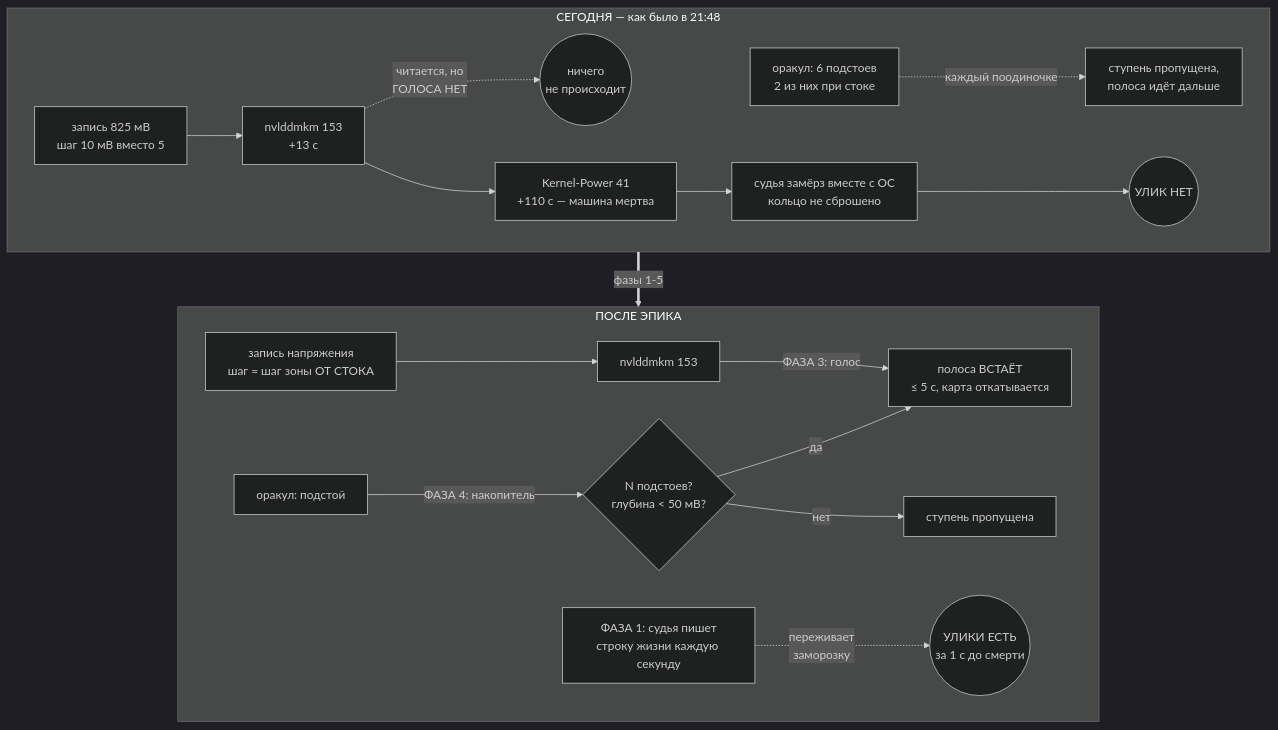
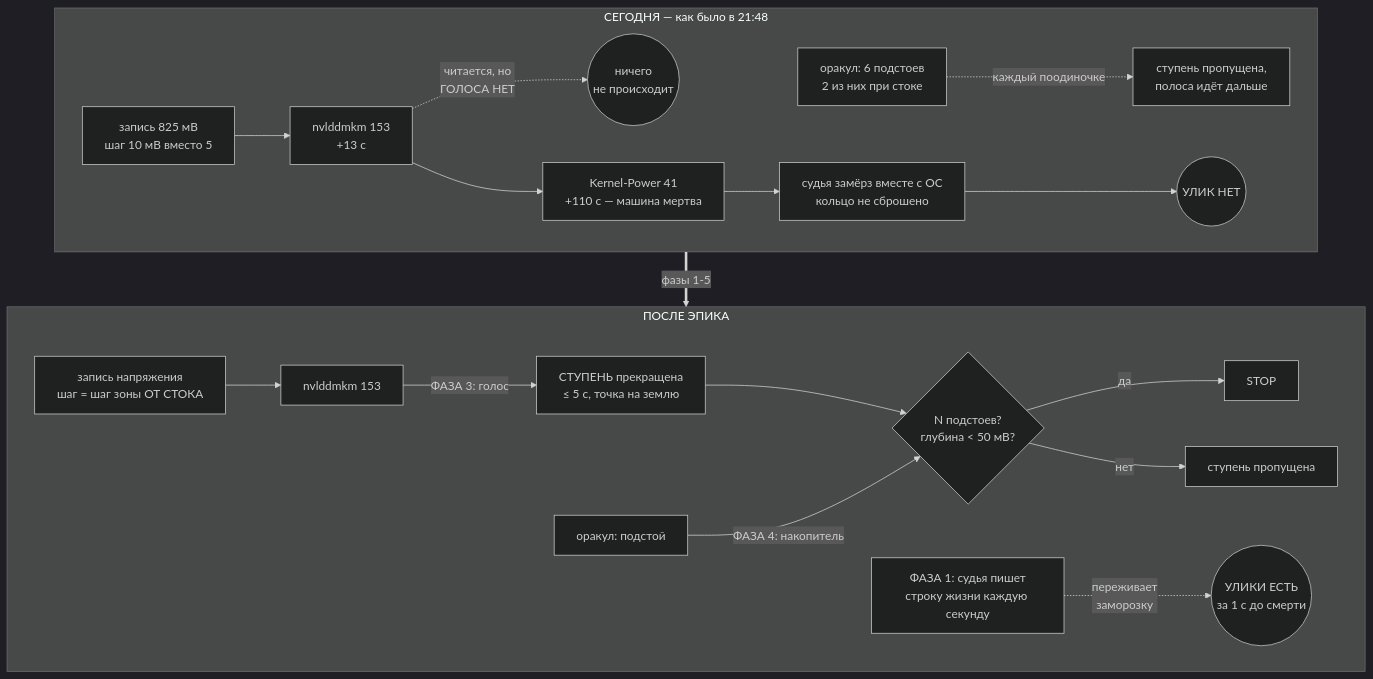
The diagram in plans/73_EPIC_the_hang_that_stops_being_blind.md (MikalaiKryvusha/KAGO), drawn with Mermaid (dark theme) before and after one commit. The commit also changed other lines of this file and 10 other files, not shown here.

````diff
--- a/plans/73_EPIC_the_hang_that_stops_being_blind.md
+++ b/plans/73_EPIC_the_hang_that_stops_being_blind.md
@@ -80,22 +81,23 @@
 ```mermaid
 flowchart TD
     subgraph NOW["СЕГОДНЯ — как было в 21:48"]
         W1["запись 825 мВ<br/>шаг 10 мВ вместо 5"] --> D1["nvlddmkm 153<br/>+13 с"]
         D1 -.->|"читается, но<br/>ГОЛОСА НЕТ"| X1(("ничего<br/>не происходит"))
         D1 --> K1["Kernel-Power 41<br/>+110 с — машина мертва"]
         O1["оракул: 6 подстоев<br/>2 из них при стоке"] -.->|"каждый поодиночке"| S1["ступень пропущена,<br/>полоса идёт дальше"]
         K1 --> B1["судья замёрз вместе с ОС<br/>кольцо не сброшено"]
         B1 --> N1(("УЛИК НЕТ"))
     end
 
     subgraph FIX["ПОСЛЕ ЭПИКА"]
         W2["запись напряжения<br/>шаг = шаг зоны ОТ СТОКА"] --> D2["nvlddmkm 153"]
-        D2 -->|"ФАЗА 3: голос"| STOP["полоса ВСТАЁТ<br/>≤ 5 с, карта откатывается"]
+        D2 -->|"ФАЗА 3: голос"| RUNG["СТУПЕНЬ прекращена<br/>≤ 5 с, точка на землю"]
+        RUNG --> ACC
         O2["оракул: подстой"] -->|"ФАЗА 4: накопитель"| ACC{"N подстоев?<br/>глубина < 50 мВ?"}
         ACC -->|"да"| STOP
         ACC -->|"нет"| CONT["ступень пропущена"]
         ALIVE["ФАЗА 1: судья пишет<br/>строку жизни каждую секунду"] -.->|"переживает<br/>заморозку"| EV(("УЛИКИ ЕСТЬ<br/>за 1 с до смерти"))
     end
 
     NOW ==>|"фазы 1-5"| FIX
 ```
````
